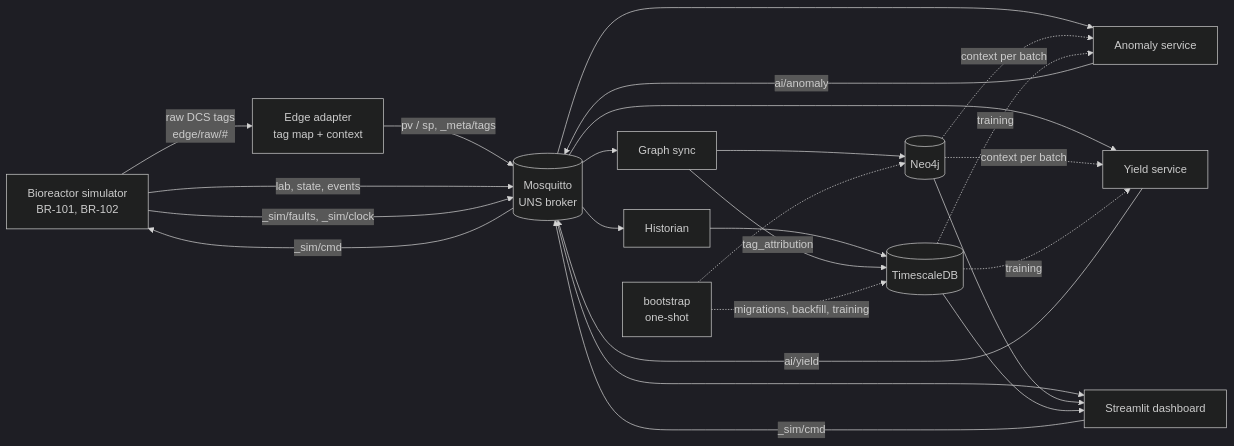
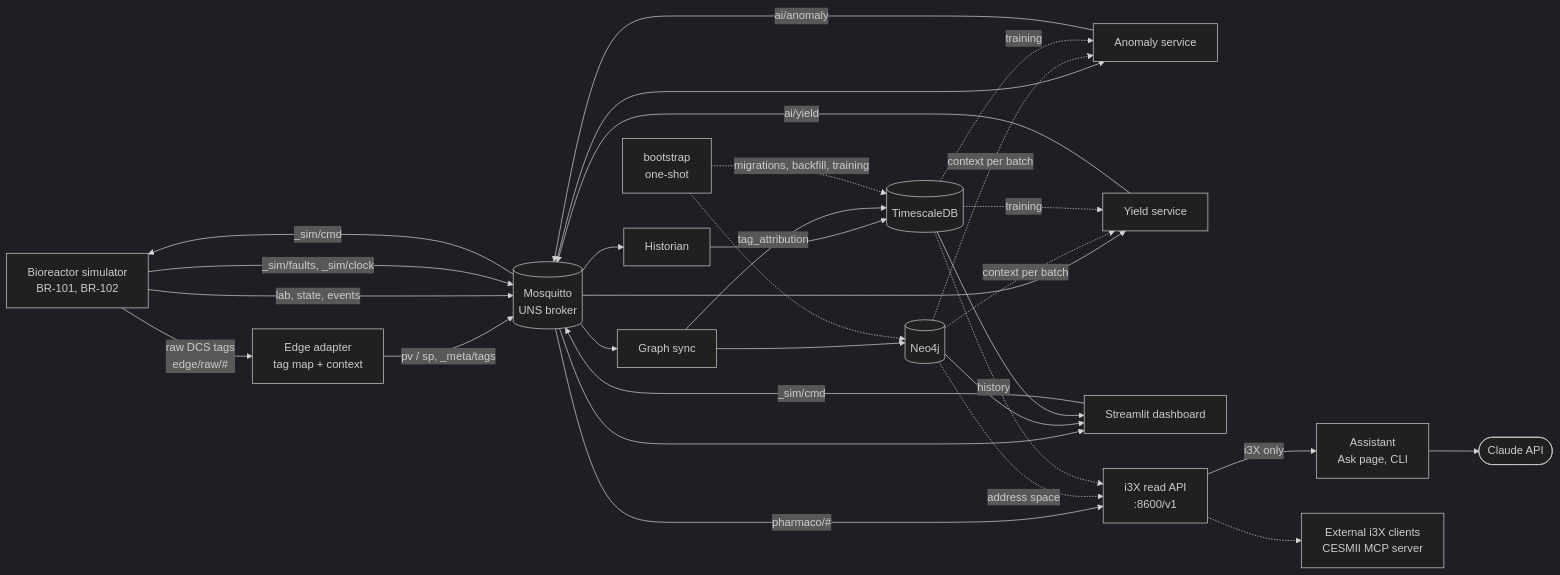
Before and after one commit to ramu-erode/pharma-4: the first of 2 diagrams in docs/architecture.md, drawn with Mermaid (dark theme). The commit also changed other lines of this file and 44 other files, not shown here.

````diff
--- a/docs/architecture.md
+++ b/docs/architecture.md
@@ -36,27 +38,33 @@
 ```mermaid
 flowchart LR
   SIM[Bioreactor simulator<br/>BR-101, BR-102] -->|raw DCS tags<br/>edge/raw/#| EA[Edge adapter<br/>tag map + context]
   EA -->|pv / sp, _meta/tags| MQ[(Mosquitto<br/>UNS broker)]
   SIM -->|lab, state, events| MQ
   SIM -->|_sim/faults, _sim/clock| MQ
   MQ -->|_sim/cmd| SIM
   MQ --> HIST[Historian]
   MQ --> GS[Graph sync]
   MQ --> AD[Anomaly service]
   MQ --> YO[Yield service]
   HIST --> TS[(TimescaleDB)]
   GS --> NEO[(Neo4j)]
   GS -->|tag_attribution| TS
   AD -->|ai/anomaly| MQ
   YO -->|ai/yield| MQ
   NEO -. context per batch .-> AD
   NEO -. context per batch .-> YO
   TS -. training .-> AD
   TS -. training .-> YO
   MQ --> UI[Streamlit dashboard]
   UI -->|_sim/cmd| MQ
   NEO --> UI
   TS --> UI
+  MQ -->|pharmaco/#| I3X[i3X read API<br/>:8600/v1]
+  NEO -. address space .-> I3X
+  TS -. history .-> I3X
+  I3X -->|i3X only| ASK[Assistant<br/>Ask page, CLI]
+  ASK --> CLAUDE([Claude API])
+  I3X -.-> EXT[External i3X clients<br/>CESMII MCP server]
   BOOT[bootstrap<br/>one-shot] -. migrations, backfill, training .-> TS
   BOOT -.-> NEO
 ```
````
